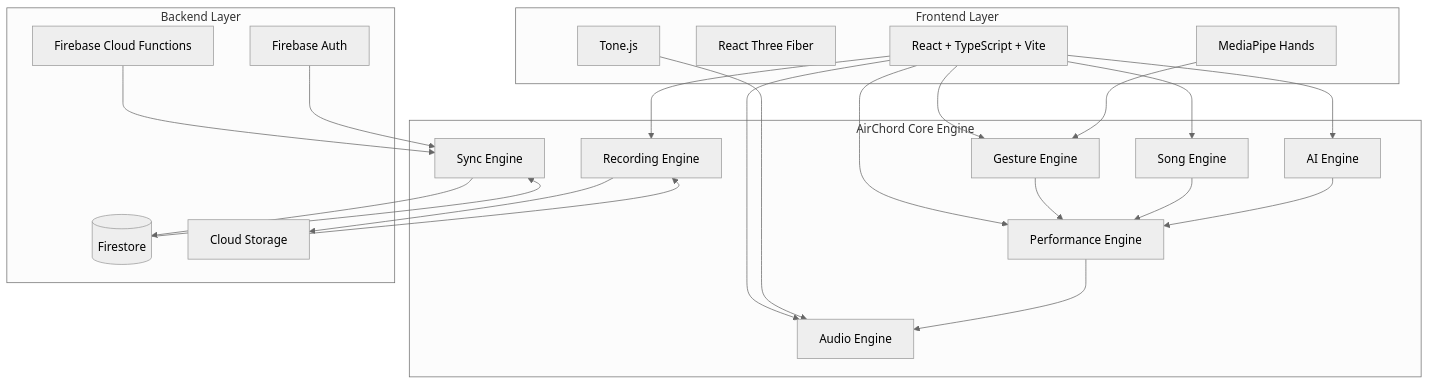
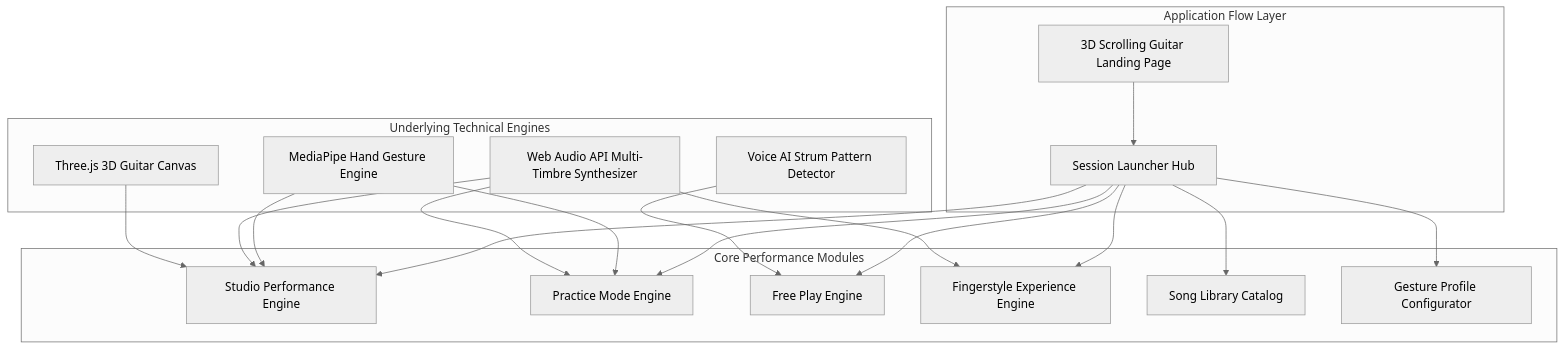
Before and after one commit to PrathviSahu/airchord: the diagram in docs/Architecture.md, drawn with Mermaid (neutral theme). The commit also changed other lines of this file and 3 other files, not shown here.

Commit message:
docs: Update README, Architecture, and PracticeMode documentation with AI Performance Studio specifications

````diff
--- a/docs/Architecture.md
+++ b/docs/Architecture.md
@@ -7,46 +5,39 @@
 ```mermaid
 graph TB
-    subgraph "AirChord Core Engine"
-        GE[Gesture Engine]
-        PE[Performance Engine]
-        AE[Audio Engine]
-        RE[Recording Engine]
-        SE[Song Engine]
-        AI[AI Engine]
-        SY[Sync Engine]
+    subgraph "Application Flow Layer"
+        LP[3D Scrolling Guitar Landing Page]
+        SL[Session Launcher Hub]
     end
 
-    subgraph "Frontend Layer"
-        UI[React + TypeScript + Vite]
-        Three[React Three Fiber]
-        MediaPipe[MediaPipe Hands]
-        Tone[Tone.js]
+    subgraph "Core Performance Modules"
+        SP[Studio Performance Engine]
+        PM[Practice Mode Engine]
+        FP[Free Play Engine]
+        FL[Fingerstyle Experience Engine]
+        SLib[Song Library Catalog]
+        GP[Gesture Profile Configurator]
     end
 
-    subgraph "Backend Layer"
-        CF[Firebase Cloud Functions]
-        Auth[Firebase Auth]
-        FS[(Firestore)]
-        CS[Cloud Storage]
+    subgraph "Underlying Technical Engines"
+        GE[MediaPipe Hand Gesture Engine]
+        AE[Web Audio API Multi-Timbre Synthesizer]
+        VD[Voice AI Strum Pattern Detector]
+        Three[Three.js 3D Guitar Canvas]
     end
 
-    UI --> GE
-    UI --> PE
-    UI --> AE
-    UI --> RE
-    UI --> SE
-    UI --> AI
-    MediaPipe --> GE
-    Tone --> AE
-    CF --> SY
-    Auth --> SY
-    FS --> SY
-    CS --> RE
+    LP --> SL
+    SL --> SP
+    SL --> PM
+    SL --> FP
+    SL --> FL
+    SL --> SLib
+    SL --> GP
 
-    GE --> PE
-    PE --> AE
-    SE --> PE
-    AI --> PE
-    RE --> CS
-    SY --> FS
+    GE --> SP
+    GE --> PM
+    AE --> SP
+    AE --> PM
+    AE --> FL
+    VD --> FP
+    Three --> SP
 ```
````
